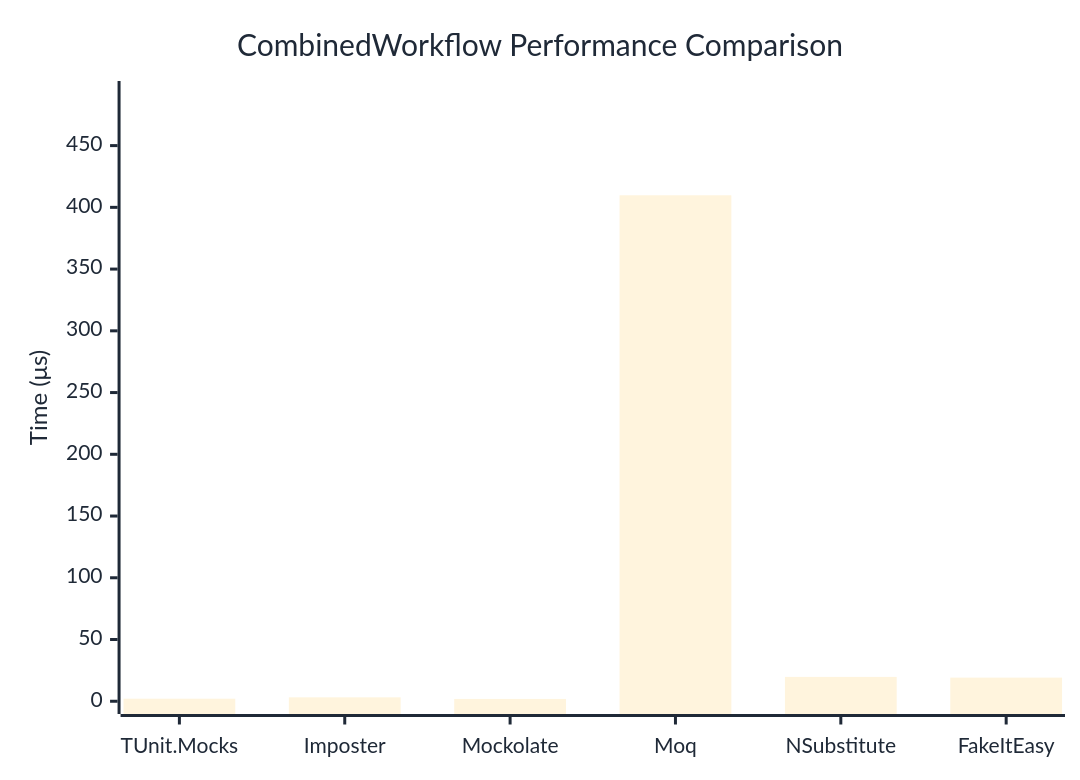
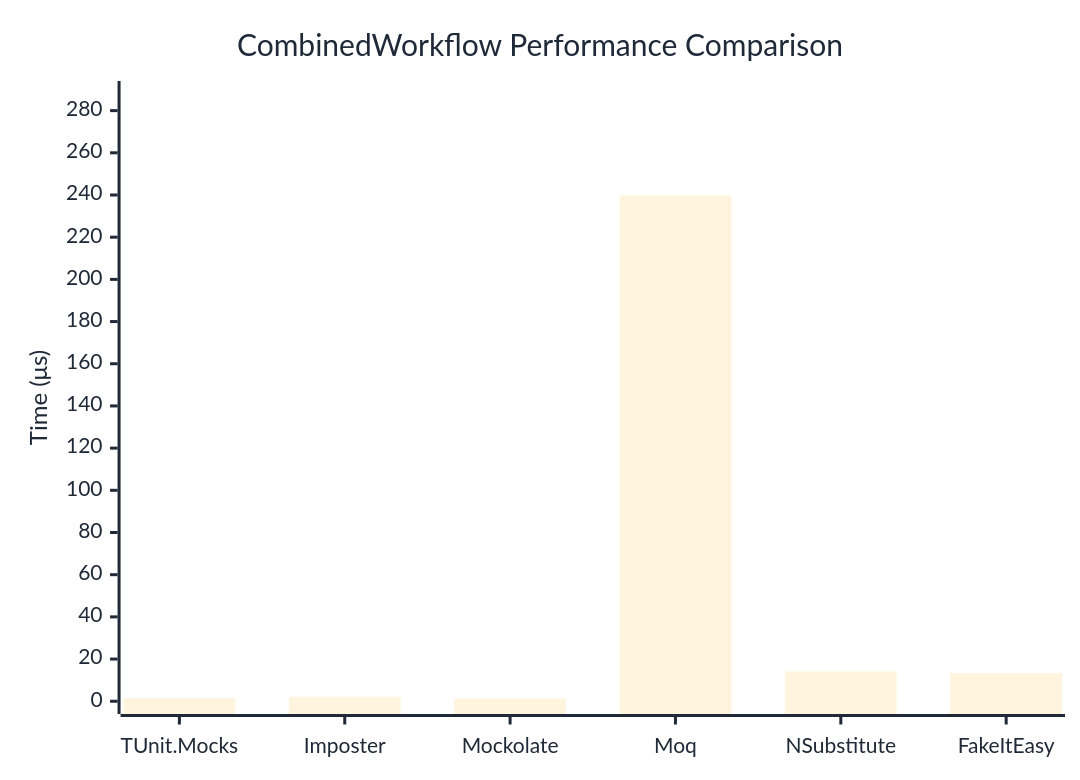
Before and after one commit to thomhurst/TUnit: the diagram in docs/docs/benchmarks/mocks/CombinedWorkflow.md, drawn with Mermaid. The commit also changed other lines of this file and 14 other files, not shown here.

````diff
--- a/docs/docs/benchmarks/mocks/CombinedWorkflow.md
+++ b/docs/docs/benchmarks/mocks/CombinedWorkflow.md
@@ -30,27 +30,27 @@
 ```mermaid
 %%{init: {
   'theme':'base',
   'themeVariables': {
     'primaryColor': '#2563eb',
     'primaryTextColor': '#1f2937',
     'primaryBorderColor': '#1e40af',
     'lineColor': '#6b7280',
     'secondaryColor': '#7c3aed',
     'tertiaryColor': '#dc2626',
     'background': '#ffffff',
     'pie1': '#2563eb',
     'pie2': '#7c3aed',
     'pie3': '#dc2626',
     'pie4': '#f59e0b',
     'pie5': '#10b981',
     'pie6': '#06b6d4',
     'pie7': '#ec4899',
     'pie8': '#6366f1'
   }
 }}%%
 xychart-beta
   title "CombinedWorkflow Performance Comparison"
   x-axis ["TUnit.Mocks", "Imposter", "Mockolate", "Moq", "NSubstitute", "FakeItEasy"]
-  y-axis "Time (μs)" 0 --> 492
-  bar [2.063, 3.163, 1.871, 409.77, 19.723, 19.149]
+  y-axis "Time (μs)" 0 --> 288
+  bar [1.497, 2.153, 1.327, 239.839, 14.083, 13.312]
 ```
````
